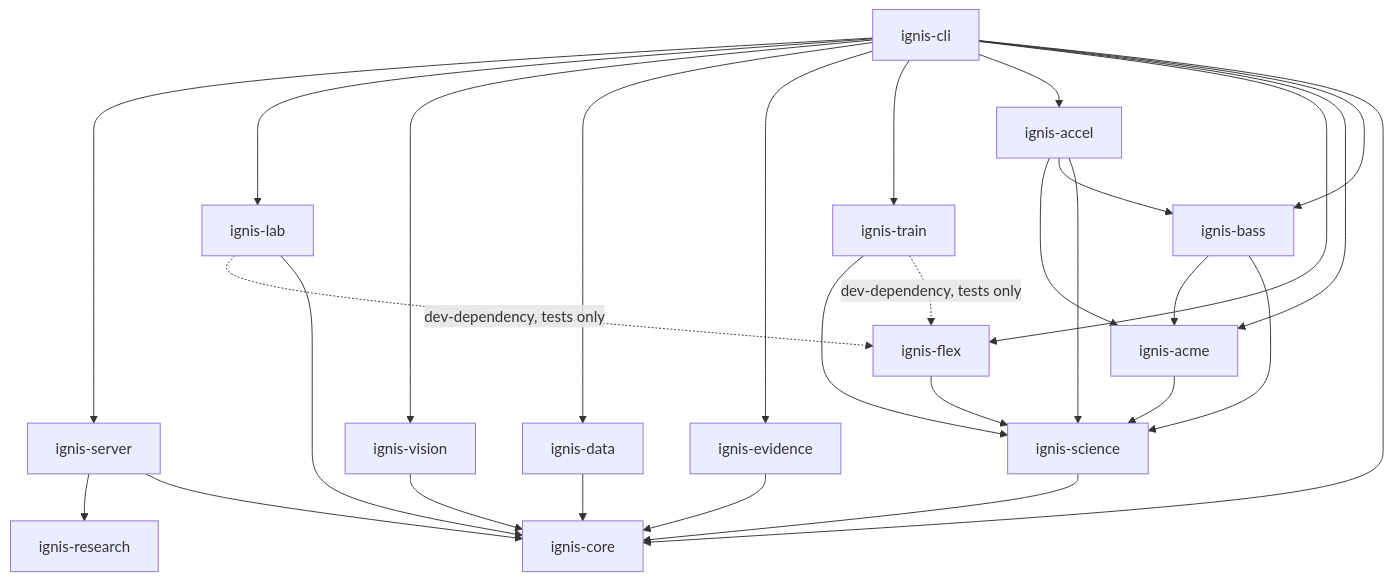
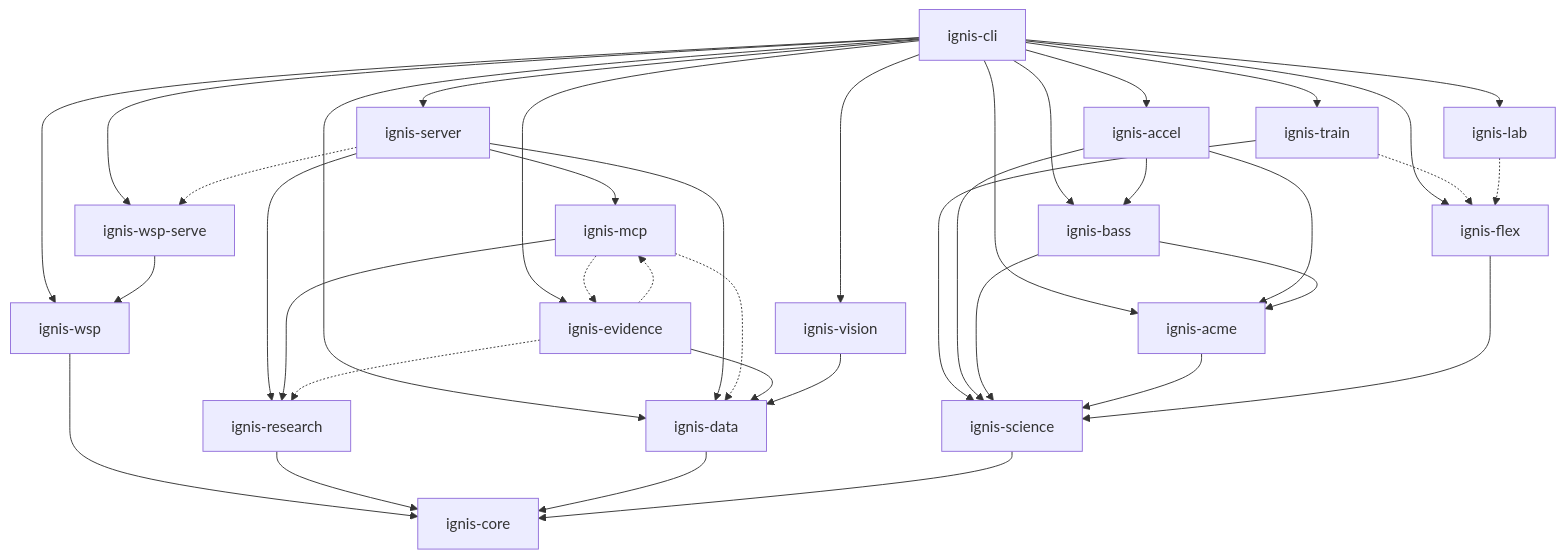
One commit to MirceaGodiac/ignis changed the first of 3 diagrams in docs/REPOMAP.md. Above: the diagram before and after it, drawn with Mermaid. The commit also changed other lines of this file and 653 other files, not shown here.

````diff
--- a/docs/REPOMAP.md
+++ b/docs/REPOMAP.md
@@ -90,33 +188,44 @@
 ```mermaid
 flowchart TD
     cli[ignis-cli] --> server[ignis-server]
-    server --> research[ignis-research]
+    cli --> wspserve[ignis-wsp-serve]
+    cli --> wsp[ignis-wsp]
     cli --> lab[ignis-lab]
     cli --> vision[ignis-vision]
+    cli --> evidence[ignis-evidence]
     cli --> data[ignis-data]
-    cli --> evidence[ignis-evidence]
     cli --> train[ignis-train]
     cli --> accel[ignis-accel]
     cli --> flex[ignis-flex]
     cli --> acme[ignis-acme]
     cli --> bass[ignis-bass]
 
+    server --> mcp[ignis-mcp]
+    server --> research[ignis-research]
+    server --> data
+    server -.-> wspserve
+    mcp --> research
+    mcp -.-> data
+    mcp -.-> evidence
+    evidence --> data
+    evidence -.-> research
+    evidence -.-> mcp
+    vision --> data
+    wspserve --> wsp
+
     train --> science[ignis-science]
-    train -.->|"dev-dependency, tests only"| flex
+    train -.-> flex
+    lab -.-> flex
     accel --> acme
     accel --> bass
     accel --> science
     bass --> acme
     bass --> science
     acme --> science
     flex --> science
 
-    lab -.->|"dev-dependency, tests only"| flex
-    server --> core[ignis-core]
-    lab --> core
-    vision --> core
+    wsp --> core[ignis-core]
+    research --> core
     data --> core
-    evidence --> core
     science --> core
-    cli --> core
 ```
````
